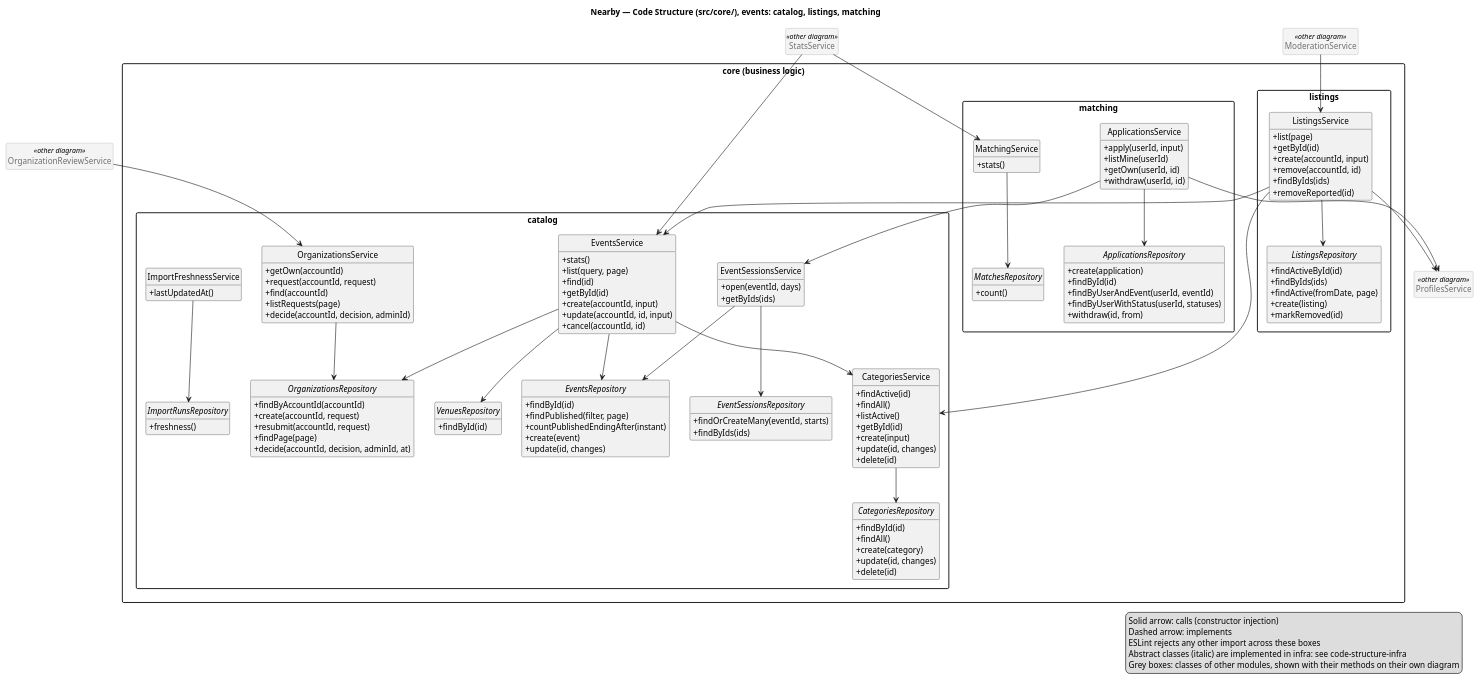
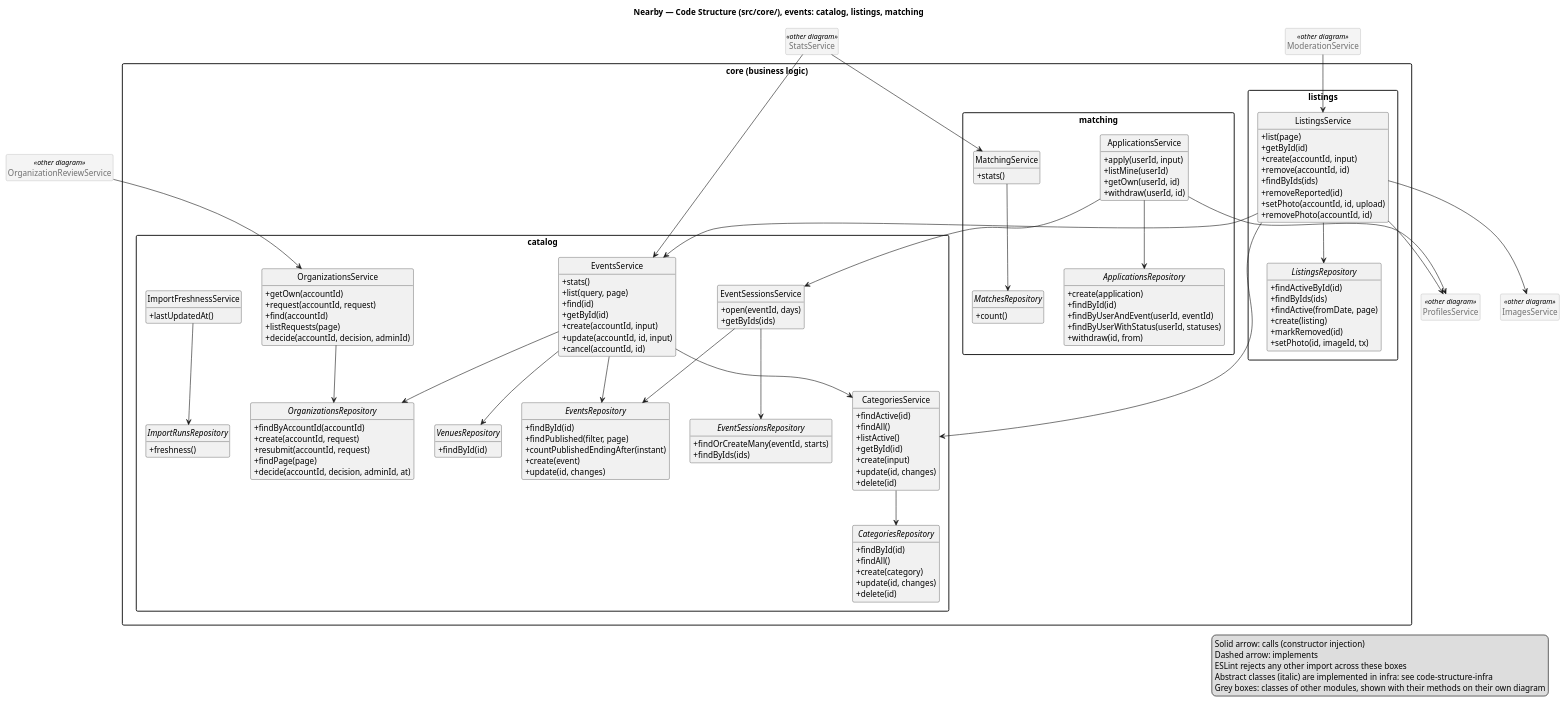
Before and after one commit to ukma-fin-ssdm-2026/pun-intended-team: the diagram in docs/architecture/uml/code-structure-core-events.puml, drawn with PlantUML. The commit also changed 20 other files, not shown here.

```diff
--- a/docs/architecture/uml/code-structure-core-events.puml
+++ b/docs/architecture/uml/code-structure-core-events.puml
@@ -1,162 +1,167 @@
 @startuml code-structure-core-events
 /'
   AI Usage Note
   Drafted with Claude from the code in src/.
 '/
 title Nearby — Code Structure (src/core/), events: catalog, listings, matching
 
 skinparam shadowing false
 skinparam packageStyle rectangle
 skinparam classAttributeIconSize 0
 hide empty members
 hide circle
 skinparam class {
   BackgroundColor<<other diagram>> #F4F4F4
   BorderColor<<other diagram>> #A0A0A0
   FontColor<<other diagram>> #707070
 }
 
 package "core (business logic)" as CORE {
   package catalog {
     class EventsService {
       +stats()
       +list(query, page)
       +find(id)
       +getById(id)
       +create(accountId, input)
       +update(accountId, id, input)
       +cancel(accountId, id)
     }
     class EventSessionsService {
       +open(eventId, days)
       +getByIds(ids)
     }
     class CategoriesService {
       +findActive(id)
       +findAll()
       +listActive()
       +getById(id)
       +create(input)
       +update(id, changes)
       +delete(id)
     }
     class OrganizationsService {
       +getOwn(accountId)
       +request(accountId, request)
       +find(accountId)
       +listRequests(page)
       +decide(accountId, decision, adminId)
     }
     class ImportFreshnessService {
       +lastUpdatedAt()
     }
     abstract class EventsRepository {
       +findById(id)
       +findPublished(filter, page)
       +countPublishedEndingAfter(instant)
       +create(event)
       +update(id, changes)
     }
     abstract class EventSessionsRepository {
       +findOrCreateMany(eventId, starts)
       +findByIds(ids)
     }
     abstract class CategoriesRepository {
       +findById(id)
       +findAll()
       +create(category)
       +update(id, changes)
       +delete(id)
     }
     abstract class VenuesRepository {
       +findById(id)
     }
     abstract class OrganizationsRepository {
       +findByAccountId(accountId)
       +create(accountId, request)
       +resubmit(accountId, request)
       +findPage(page)
       +decide(accountId, decision, adminId, at)
     }
     abstract class ImportRunsRepository {
       +freshness()
     }
   }
   package listings {
     class ListingsService {
       +list(page)
       +getById(id)
       +create(accountId, input)
       +remove(accountId, id)
       +findByIds(ids)
       +removeReported(id)
+      +setPhoto(accountId, id, upload)
+      +removePhoto(accountId, id)
     }
     abstract class ListingsRepository {
       +findActiveById(id)
       +findByIds(ids)
       +findActive(fromDate, page)
       +create(listing)
       +markRemoved(id)
+      +setPhoto(id, imageId, tx)
     }
   }
   package matching {
     class ApplicationsService {
       +apply(userId, input)
       +listMine(userId)
       +getOwn(userId, id)
       +withdraw(userId, id)
     }
     class MatchingService {
       +stats()
     }
     abstract class ApplicationsRepository {
       +create(application)
       +findById(id)
       +findByUserAndEvent(userId, eventId)
       +findByUserWithStatus(userId, statuses)
       +withdraw(id, from)
     }
     abstract class MatchesRepository {
       +count()
     }
   }
 }
 
 ' other modules' classes, shown with their methods on their own diagram
 class ProfilesService <<other diagram>>
+class ImagesService <<other diagram>>
 class ModerationService <<other diagram>>
 class OrganizationReviewService <<other diagram>>
 class StatsService <<other diagram>>
 
 ' services call services and reach storage and adapters through abstract classes
 ModerationService --> ListingsService
 OrganizationReviewService --> OrganizationsService
 EventsService --> EventsRepository
 EventsService --> OrganizationsRepository
 EventsService --> VenuesRepository
 EventsService --> CategoriesService
 EventSessionsService --> EventsRepository
 EventSessionsService --> EventSessionsRepository
 CategoriesService --> CategoriesRepository
 OrganizationsService --> OrganizationsRepository
 ImportFreshnessService --> ImportRunsRepository
 ListingsService --> ListingsRepository
 ListingsService --> CategoriesService
 ListingsService --> EventsService
 ListingsService --> ProfilesService
+ListingsService --> ImagesService
 ApplicationsService --> ApplicationsRepository
 ApplicationsService --> EventSessionsService
 ApplicationsService --> ProfilesService
 MatchingService --> MatchesRepository
 StatsService --> EventsService
 StatsService --> MatchingService
 
 legend right
   Solid arrow: calls (constructor injection)
   Dashed arrow: implements
   ESLint rejects any other import across these boxes
   Abstract classes (italic) are implemented in infra: see code-structure-infra
   Grey boxes: classes of other modules, shown with their methods on their own diagram
 endlegend
 
 @enduml
```
